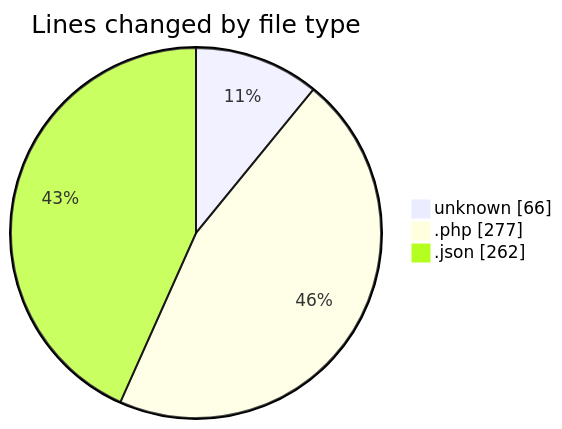
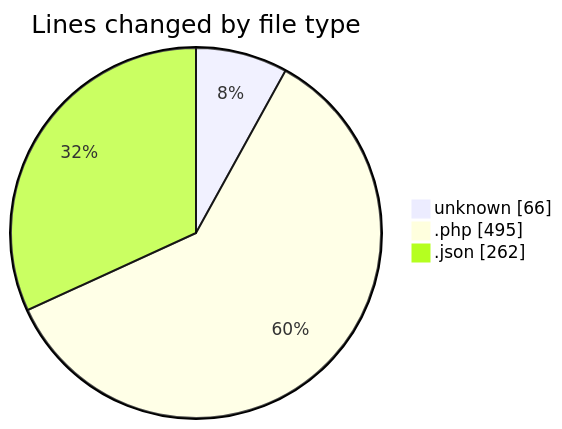
The first of 2 diagrams in 2025-11-08/futsal/README.md (idhammustaqopulfikri/code-tracking), drawn with Mermaid before and after one commit. The commit also changed other lines of this file and 1 other file, not shown here.

````diff
--- a/2025-11-08/futsal/README.md
+++ b/2025-11-08/futsal/README.md
@@ -26,7 +27,7 @@
 ```mermaid
 pie showData
 title Lines changed by file type
 "unknown" : 66
-".php" : 277
+".php" : 495
 ".json" : 262
 ```
````
